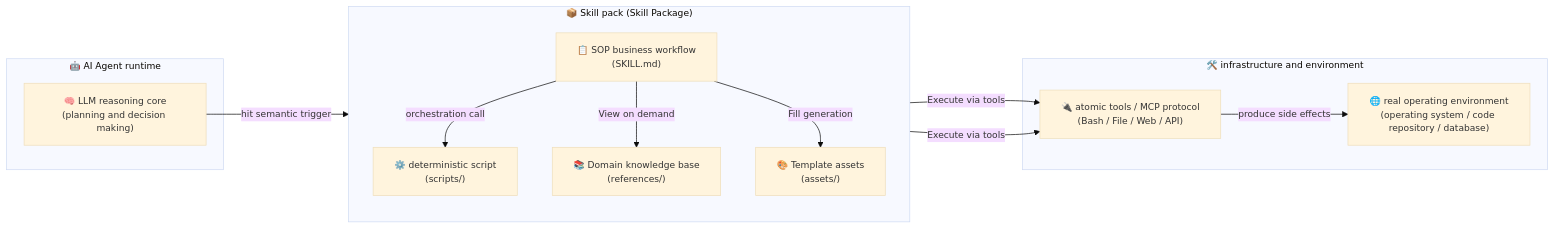
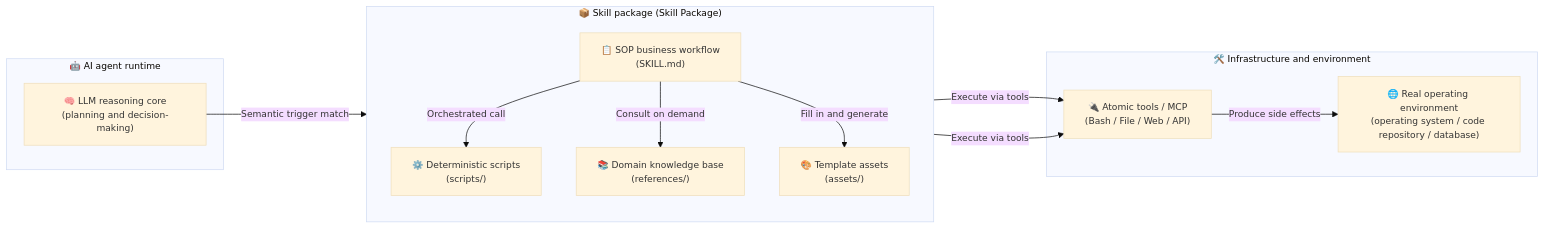
One commit to TingdeLiu/tingdeliu.github.io changed diagram 16 of 50 in _translations/en/research/AI-Agent-Survey.md. Above: the diagram before and after it, drawn with Mermaid. The commit also changed other lines of this file and 51 other files, not shown here.

````diff
--- a/_translations/en/research/AI-Agent-Survey.md
+++ b/_translations/en/research/AI-Agent-Survey.md
@@ -1051,27 +1051,27 @@
 ```mermaid
 %%{init: {'theme': 'base', 'themeVariables': { 'fontSize': '13px'}}}%%
 flowchart LR
-    subgraph AGENT ["🤖 AI Agent runtime"]
-        THK["🧠 LLM reasoning core\n(planning and decision making)"]
+    subgraph AGENT ["🤖 AI agent runtime"]
+        THK["🧠 LLM reasoning core\n(planning and decision-making)"]
     end
 
-    subgraph SKILL_PKG ["📦 Skill pack (Skill Package)"]
+    subgraph SKILL_PKG ["📦 Skill package (Skill Package)"]
         direction TB
         SOP["📋 SOP business workflow\n(SKILL.md)"]
-        SCR["⚙️ deterministic script\n(scripts/)"]
+        SCR["⚙️ Deterministic scripts\n(scripts/)"]
         REF["📚 Domain knowledge base\n(references/)"]
         AST["🎨 Template assets\n(assets/)"]
     end
 
-    subgraph INFRA ["🛠️ infrastructure and environment"]
-        TOOLS["🔌 atomic tools / MCP protocol\n(Bash / File / Web / API)"]
-        ENV["🌐 real operating environment\n(operating system / code repository / database)"]
+    subgraph INFRA ["🛠️ Infrastructure and environment"]
+        TOOLS["🔌 Atomic tools / MCP\n(Bash / File / Web / API)"]
+        ENV["🌐 Real operating environment\n(operating system / code repository / database)"]
     end
 
-    THK -->|"hit semantic trigger"| SOP
-    SOP -->|"orchestration call"| SCR
-    SOP -->|"View on demand"| REF
-    SOP -->|"Fill generation"| AST
+    THK -->|"Semantic trigger match"| SOP
+    SOP -->|"Orchestrated call"| SCR
+    SOP -->|"Consult on demand"| REF
+    SOP -->|"Fill in and generate"| AST
     SCR & SOP -->|"Execute via tools"| TOOLS
-    TOOLS -->|"produce side effects"| ENV
+    TOOLS -->|"Produce side effects"| ENV
 ```
````
